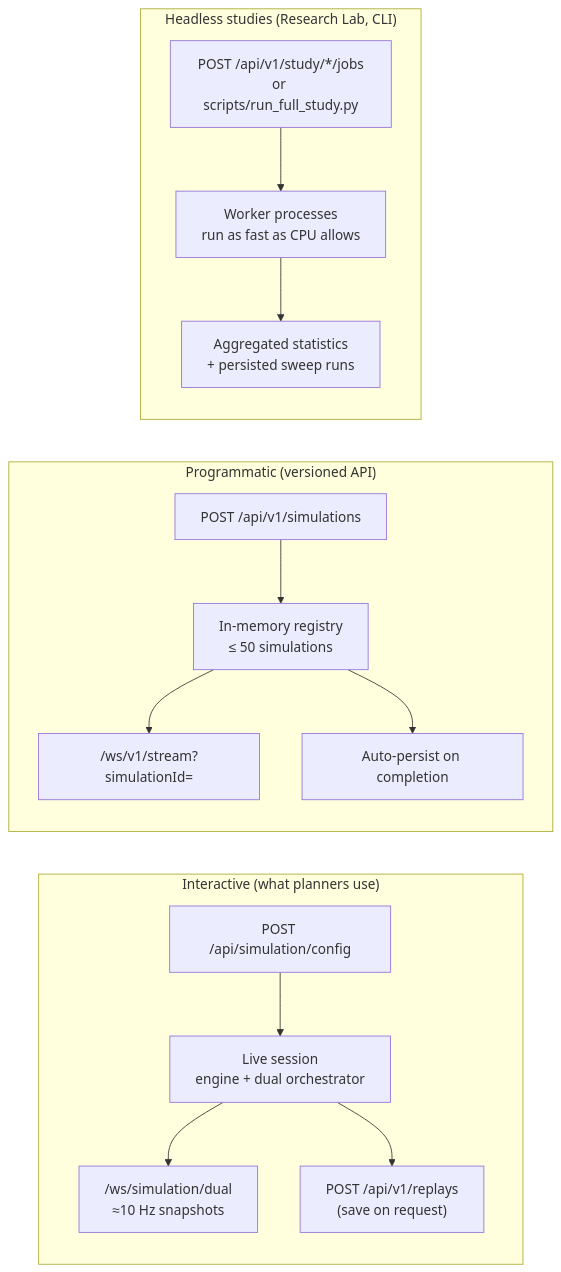
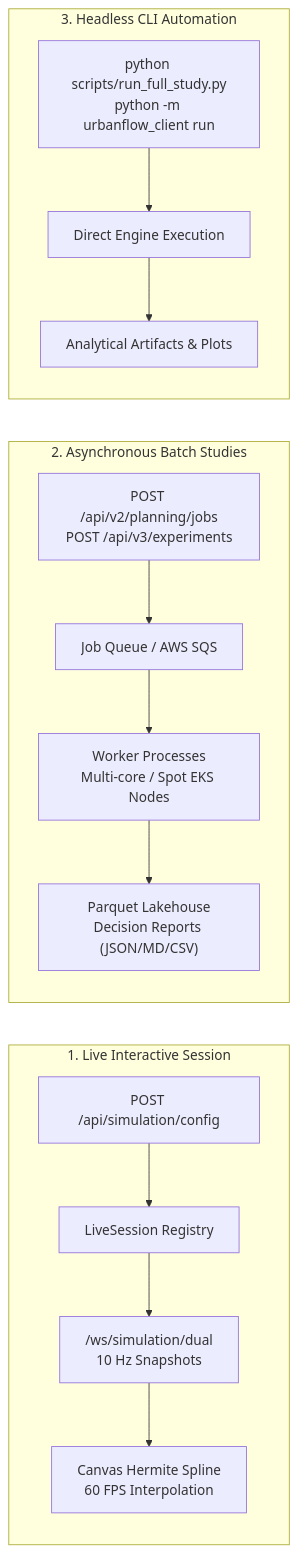
The second of 2 diagrams in docs/architecture/00-system-overview.md (Viraj281105/Traffic-Simulation), drawn with Mermaid before and after one commit. The commit also changed other lines of this file and 14 other files, not shown here.

First line of the commit message:
docs(architecture): update architecture, research, security and operations docs

````diff
--- a/docs/architecture/00-system-overview.md
+++ b/docs/architecture/00-system-overview.md
@@ -86,17 +114,19 @@
 ```mermaid
 flowchart LR
-    subgraph A["Interactive (what planners use)"]
-        A1["POST /api/simulation/config"] --> A2["Live session<br/>engine + dual orchestrator"]
-        A2 --> A3["/ws/simulation/dual<br/>≈10 Hz snapshots"]
-        A2 --> A4["POST /api/v1/replays<br/>(save on request)"]
+    subgraph Interactive["1. Live Interactive Session"]
+        A1["POST /api/simulation/config"] --> A2["LiveSession Registry"]
+        A2 --> A3["/ws/simulation/dual<br/>10 Hz Snapshots"]
+        A3 --> A4["Canvas Hermite Spline<br/>60 FPS Interpolation"]
     end
-    subgraph B["Programmatic (versioned API)"]
-        B1["POST /api/v1/simulations"] --> B2["In-memory registry<br/>≤ 50 simulations"]
-        B2 --> B3["/ws/v1/stream?simulationId="]
-        B2 --> B4["Auto-persist on completion"]
+
+    subgraph AsyncStudies["2. Asynchronous Batch Studies"]
+        B1["POST /api/v2/planning/jobs<br/>POST /api/v3/experiments"] --> B2["Job Queue / AWS SQS"]
+        B2 --> B3["Worker Processes<br/>Multi-core / Spot EKS Nodes"]
+        B3 --> B4["Parquet Lakehouse<br/>Decision Reports (JSON/MD/CSV)"]
     end
-    subgraph C["Headless studies (Research Lab, CLI)"]
-        C1["POST /api/v1/study/*/jobs<br/>or scripts/run_full_study.py"] --> C2["Worker processes<br/>run as fast as CPU allows"]
-        C2 --> C3["Aggregated statistics<br/>+ persisted sweep runs"]
+
+    subgraph HeadlessCLI["3. Headless CLI Automation"]
+        C1["python scripts/run_full_study.py<br/>python -m urbanflow_client run"] --> C2["Direct Engine Execution"]
+        C2 --> C3["Analytical Artifacts & Plots"]
     end
 ```
````
